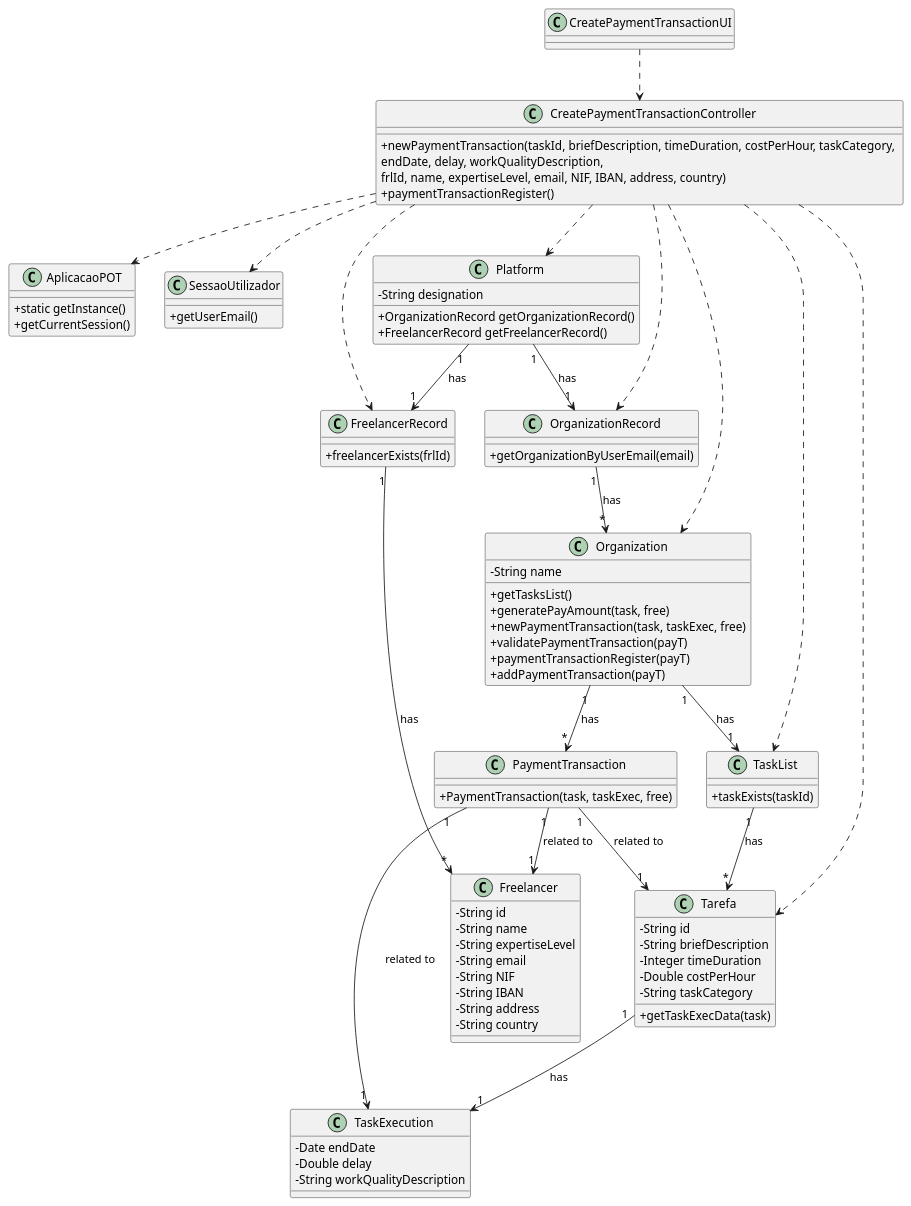
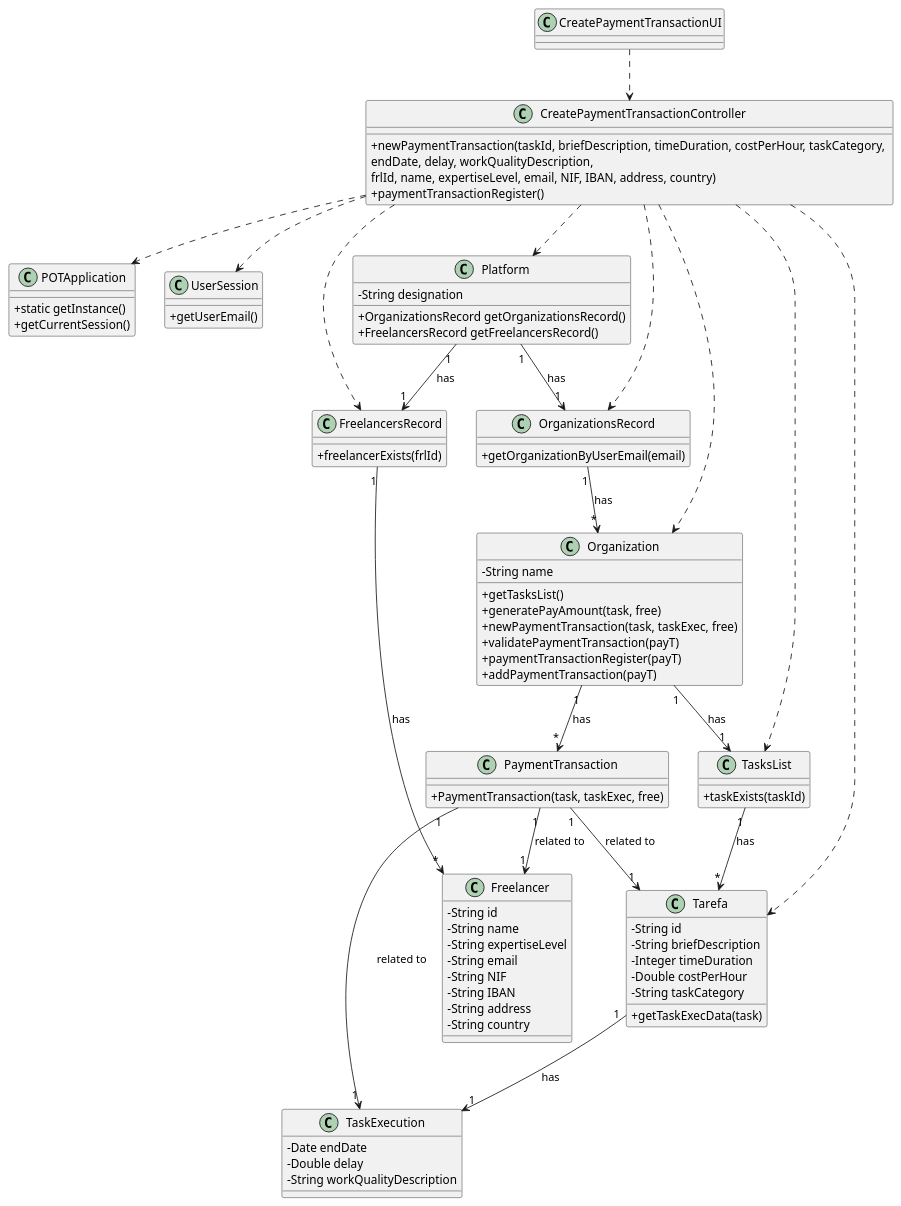
Before and after one commit to pedrolemos4/LAPR2: the diagram in docs/UC3 - Create Payment Transaction/UC3_CD.puml, drawn with PlantUML. The commit also changed 12 other files, not shown here.

```diff
--- a/docs/UC3 - Create Payment Transaction/UC3_CD.puml
+++ b/docs/UC3 - Create Payment Transaction/UC3_CD.puml
@@ -1,104 +1,104 @@
 @startuml
 skinparam classAttributeIconSize 0
 
-class AplicacaoPOT
+class POTApplication
 {
   +static getInstance()
   +getCurrentSession()
 }
 
-class SessaoUtilizador
+class UserSession
 {
   +getUserEmail()
 }
 
 class Tarefa {
   -String id
   -String briefDescription
   -Integer timeDuration
   -Double costPerHour
   -String taskCategory
   +getTaskExecData(task)
 }
 
 class Freelancer {
   -String id
   -String name
   -String expertiseLevel
   -String email
   -String NIF
   -String IBAN
   -String address
   -String country
 }
 
 class Organization {
   -String name
   +getTasksList()
   +generatePayAmount(task, free)
   +newPaymentTransaction(task, taskExec, free)
   +validatePaymentTransaction(payT)
   +paymentTransactionRegister(payT)
   +addPaymentTransaction(payT)
 }
 
-class TaskList {
+class TasksList {
   +taskExists(taskId)
 }
 
 class Platform {
   -String designation
-  +OrganizationRecord getOrganizationRecord()
-  +FreelancerRecord getFreelancerRecord()
+  +OrganizationsRecord getOrganizationsRecord()
+  +FreelancersRecord getFreelancersRecord()
 }
 
-class FreelancerRecord {
+class FreelancersRecord {
   +freelancerExists(frlId)
 }
 
-class OrganizationRecord  {
+class OrganizationsRecord  {
   +getOrganizationByUserEmail(email)
 }
 
 class CreatePaymentTransactionController {
   +newPaymentTransaction(taskId, briefDescription, timeDuration, costPerHour, taskCategory, \nendDate, delay, workQualityDescription, \nfrlId, name, expertiseLevel, email, NIF, IBAN, address, country)
   +paymentTransactionRegister()
 }
 
 class CreatePaymentTransactionUI {
 }
 
 class PaymentTransaction{
   +PaymentTransaction(task, taskExec, free)
 }
 
 class TaskExecution {
  -Date endDate
  -Double delay
  -String workQualityDescription
 }
 
 CreatePaymentTransactionUI ..> CreatePaymentTransactionController
 CreatePaymentTransactionController ..> Platform
 CreatePaymentTransactionController ..> Tarefa
 CreatePaymentTransactionController ..> Organization
-CreatePaymentTransactionController ..> AplicacaoPOT
-CreatePaymentTransactionController ..> SessaoUtilizador
-CreatePaymentTransactionController ..> TaskList
-CreatePaymentTransactionController ..> FreelancerRecord
-CreatePaymentTransactionController ..> OrganizationRecord
-Platform "1" --> "1" FreelancerRecord : has
-Platform "1" --> "1" OrganizationRecord : has
+CreatePaymentTransactionController ..> POTApplication
+CreatePaymentTransactionController ..> UserSession
+CreatePaymentTransactionController ..> TasksList
+CreatePaymentTransactionController ..> FreelancersRecord
+CreatePaymentTransactionController ..> OrganizationsRecord
+Platform "1" --> "1" FreelancersRecord : has
+Platform "1" --> "1" OrganizationsRecord : has
 
-FreelancerRecord "1" --> "*" Freelancer : has
-OrganizationRecord "1" --> "*" Organization : has
-Organization "1" --> "1" TaskList : has
+FreelancersRecord "1" --> "*" Freelancer : has
+OrganizationsRecord "1" --> "*" Organization : has
+Organization "1" --> "1" TasksList : has
 Organization "1" --> "*" PaymentTransaction : has
-TaskList "1" --> "*" Tarefa : has
+TasksList "1" --> "*" Tarefa : has
 Tarefa "1" --> "1" TaskExecution : has
 
 PaymentTransaction "1" --> "1" Freelancer : related to
 PaymentTransaction "1" --> "1" Tarefa : related to
 PaymentTransaction "1" --> "1" TaskExecution : related to
 
 @enduml
```
